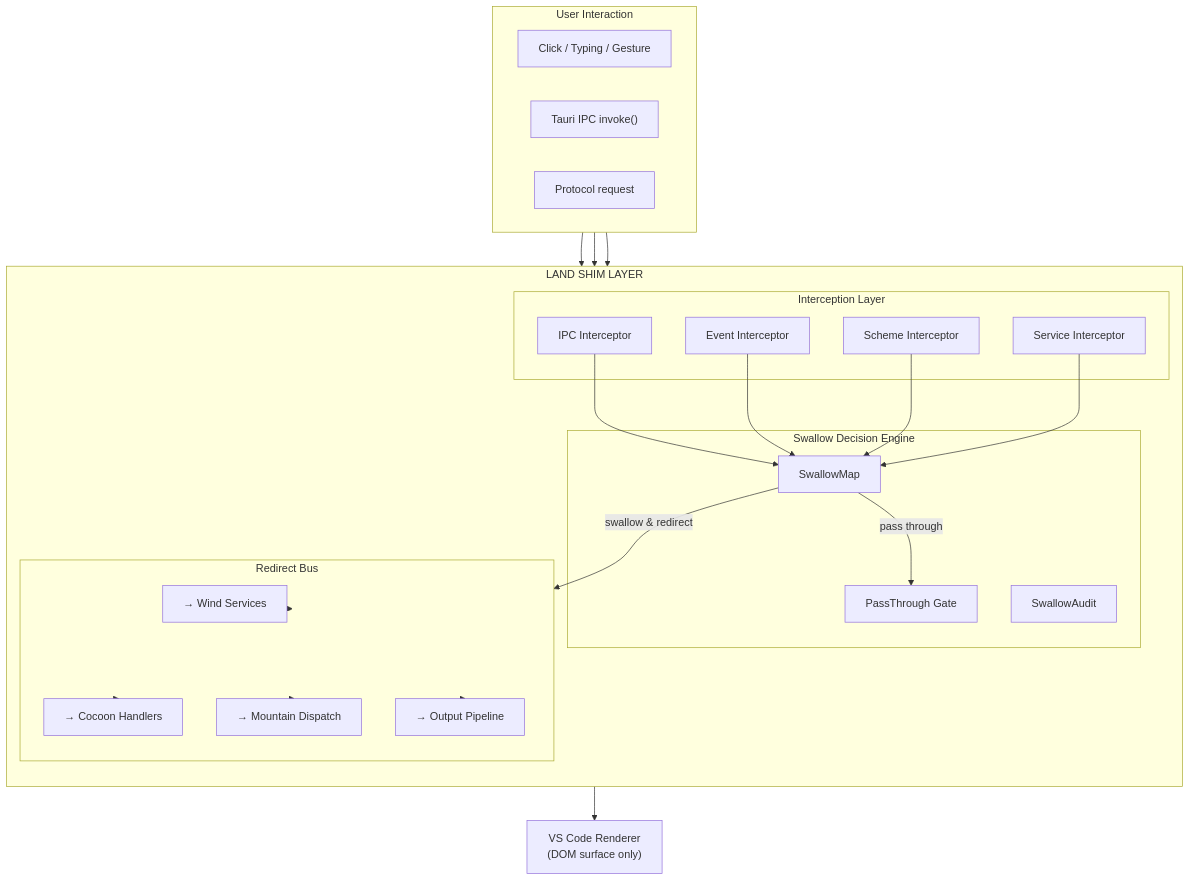
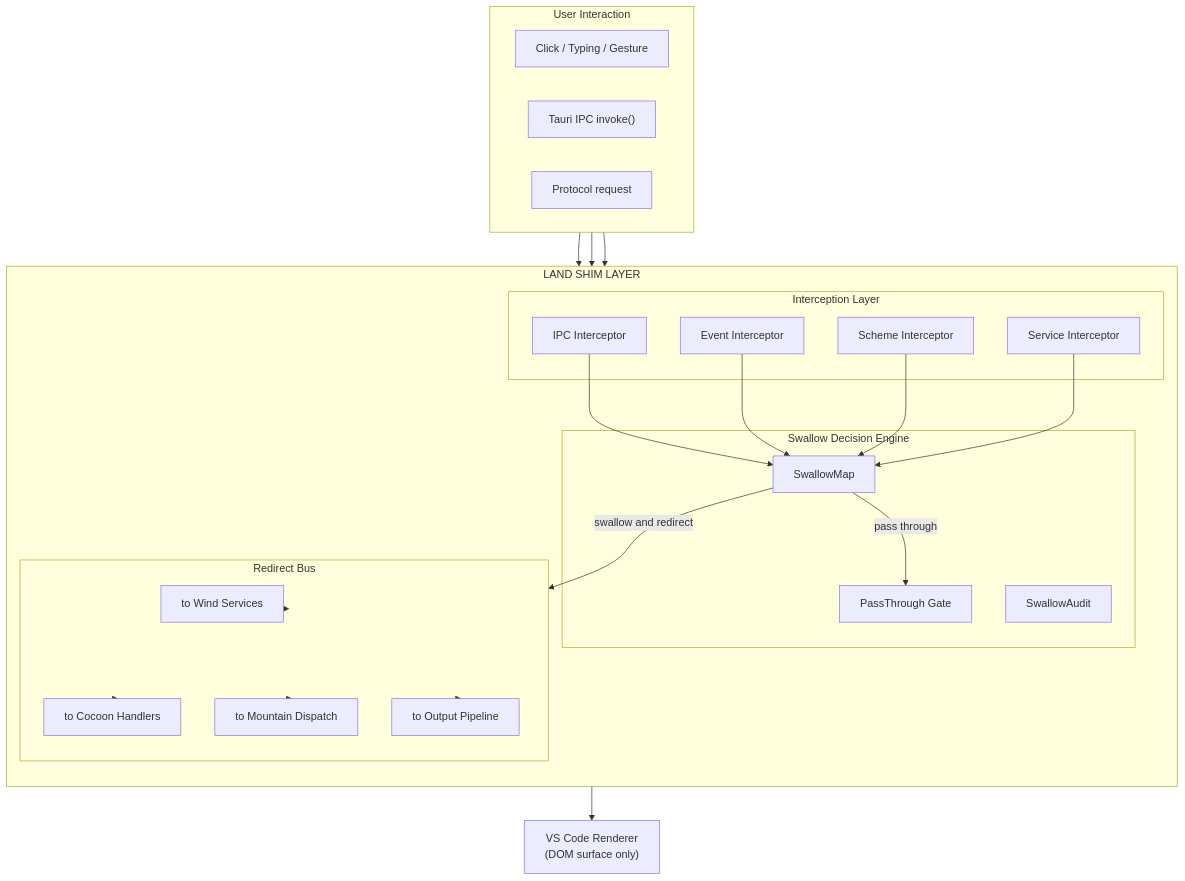
One commit to CodeEditorLand/Land changed the fifth of 6 diagrams in Documentation/GitHub/Shim.md. Above: the diagram before and after it, drawn with Mermaid. The commit also changed other lines of this file and 11 other files, not shown here.

````diff
--- a/Documentation/GitHub/Shim.md
+++ b/Documentation/GitHub/Shim.md
@@ -169,48 +217,48 @@
 ```mermaid
 graph TB
     subgraph USER["User Interaction"]
         CLICK["Click / Typing / Gesture"]
         IPC["Tauri IPC invoke()"]
         SCHEME["Protocol request"]
     end
 
     subgraph SHIM["LAND SHIM LAYER"]
         direction TB
         subgraph INTERCEPT["Interception Layer"]
             IPC_SHIM["IPC Interceptor"]
             EVENT_SHIM["Event Interceptor"]
             SERVICE_SHIM["Service Interceptor"]
             SCHEME_SHIM["Scheme Interceptor"]
         end
         subgraph SWALLOW["Swallow Decision Engine"]
             SWALLOW_MAP["SwallowMap"]
             SWALLOW_LOG["SwallowAudit"]
             PASS_THROUGH["PassThrough Gate"]
         end
         subgraph REDIRECT["Redirect Bus"]
-            TO_WIND["→ Wind Services"]
-            TO_COCOON["→ Cocoon Handlers"]
-            TO_MOUNTAIN["→ Mountain Dispatch"]
-            TO_OUTPUT["→ Output Pipeline"]
+            TO_WIND["to Wind Services"]
+            TO_COCOON["to Cocoon Handlers"]
+            TO_MOUNTAIN["to Mountain Dispatch"]
+            TO_OUTPUT["to Output Pipeline"]
         end
     end
 
     USER --> IPC_SHIM
     USER --> EVENT_SHIM
     USER --> SCHEME_SHIM
 
     IPC_SHIM --> SWALLOW_MAP
     EVENT_SHIM --> SWALLOW_MAP
     SCHEME_SHIM --> SWALLOW_MAP
     SERVICE_SHIM --> SWALLOW_MAP
 
-    SWALLOW_MAP -->|"swallow & redirect"| REDIRECT
+    SWALLOW_MAP -->|"swallow and redirect"| REDIRECT
     SWALLOW_MAP -->|"pass through"| PASS_THROUGH
 
     REDIRECT --> TO_WIND
     REDIRECT --> TO_COCOON
     REDIRECT --> TO_MOUNTAIN
     REDIRECT --> TO_OUTPUT
 
     PASS_THROUGH --> RENDERER["VS Code Renderer<br/>(DOM surface only)"]
 ```
````
